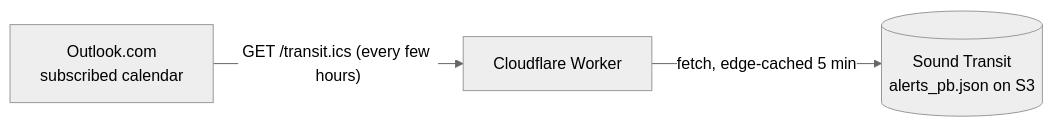
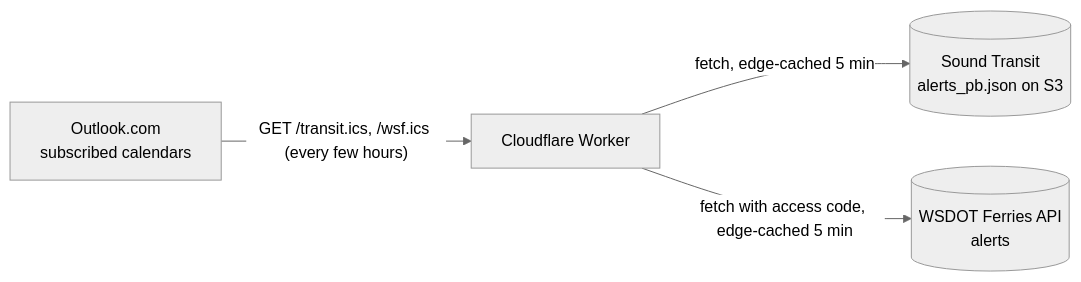
One commit to neilbrencode/transit-ics changed the diagram in README.md. Above: the diagram before and after it, drawn with Mermaid (neutral theme). The commit also changed other lines of this file and 17 other files, not shown here.

First line of the commit message:
Add /wsf.ics: Washington State Ferries alerts as a calendar

````diff
--- a/README.md
+++ b/README.md
@@ -10,5 +16,6 @@
 ```mermaid
 flowchart LR
-  O[Outlook.com<br/>subscribed calendar] -- "GET /transit.ics (every few hours)" --> W[Cloudflare Worker]
+  O[Outlook.com<br/>subscribed calendars] -- "GET /transit.ics, /wsf.ics (every few hours)" --> W[Cloudflare Worker]
   W -- "fetch, edge-cached 5 min" --> ST[(Sound Transit<br/>alerts_pb.json on S3)]
+  W -- "fetch with access code, edge-cached 5 min" --> WSF[(WSDOT Ferries API<br/>alerts)]
 ```
````
